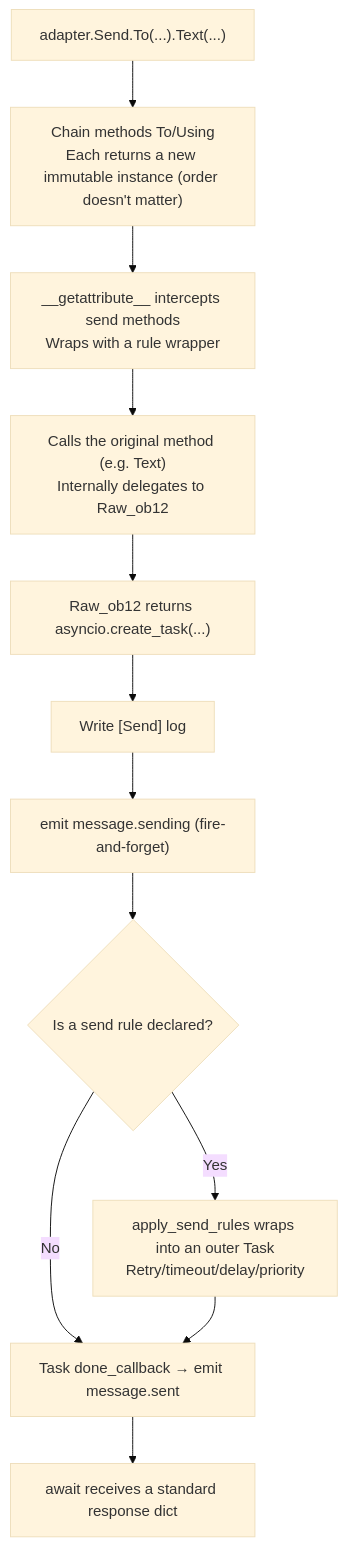
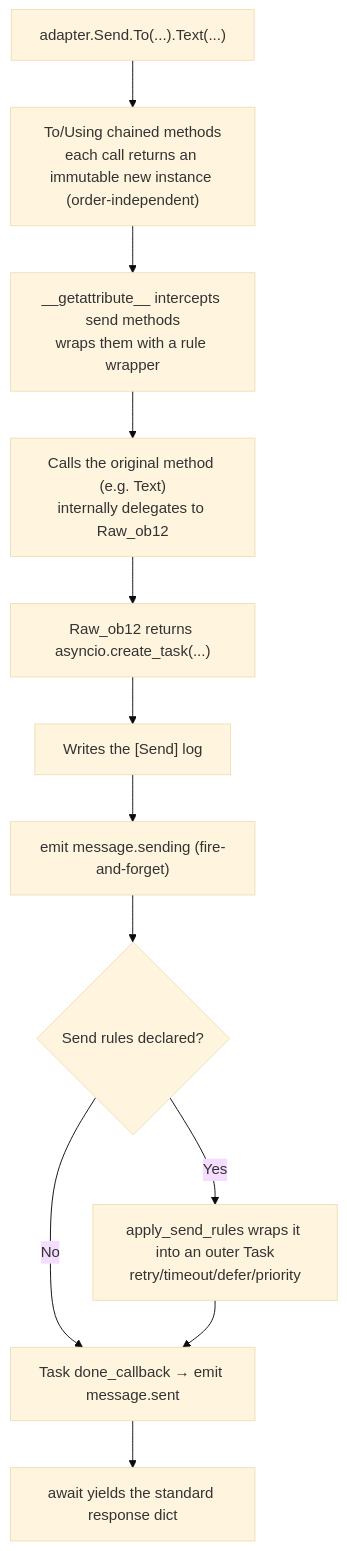
Before and after one commit to ErisPulse/ErisPulse: the second of 2 diagrams in docs/en/developer-guide/adapters/send-dsl.md, drawn with Mermaid (base theme). The commit also changed other lines of this file and 115 other files, not shown here.

````diff
--- a/docs/en/developer-guide/adapters/send-dsl.md
+++ b/docs/en/developer-guide/adapters/send-dsl.md
@@ -577,14 +580,14 @@
 ```mermaid
 flowchart TD
-    A["adapter.Send.To(...).Text(...)"] --> B["Chain methods To/Using<br/>Each returns a new immutable instance (order doesn't matter)"]
-    B --> C["__getattribute__ intercepts send methods<br/>Wraps with a rule wrapper"]
-    C --> D["Calls the original method (e.g. Text)<br/>Internally delegates to Raw_ob12"]
+    A["adapter.Send.To(...).Text(...)"] --> B["To/Using chained methods<br/>each call returns an immutable new instance (order-independent)"]
+    B --> C["__getattribute__ intercepts send methods<br/>wraps them with a rule wrapper"]
+    C --> D["Calls the original method (e.g. Text)<br/>internally delegates to Raw_ob12"]
     D --> E["Raw_ob12 returns asyncio.create_task(...)"]
-    E --> F["Write [Send] log"]
+    E --> F["Writes the [Send] log"]
     F --> G["emit message.sending (fire-and-forget)"]
-    G --> H{"Is a send rule declared?"}
+    G --> H{"Send rules declared?"}
     H -->|"No"| I["Task done_callback → emit message.sent"]
-    H -->|"Yes"| J["apply_send_rules wraps into an outer Task<br/>Retry/timeout/delay/priority"]
+    H -->|"Yes"| J["apply_send_rules wraps it into an outer Task<br/>retry/timeout/defer/priority"]
     J --> I
-    I --> K["await receives a standard response dict"]
+    I --> K["await yields the standard response dict"]
 ```
````
